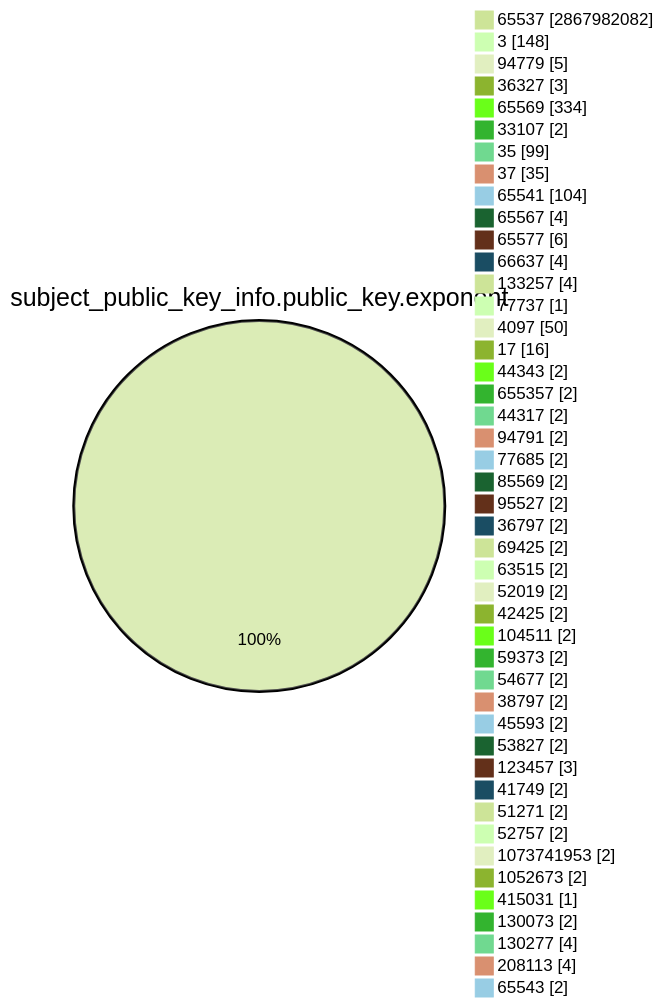
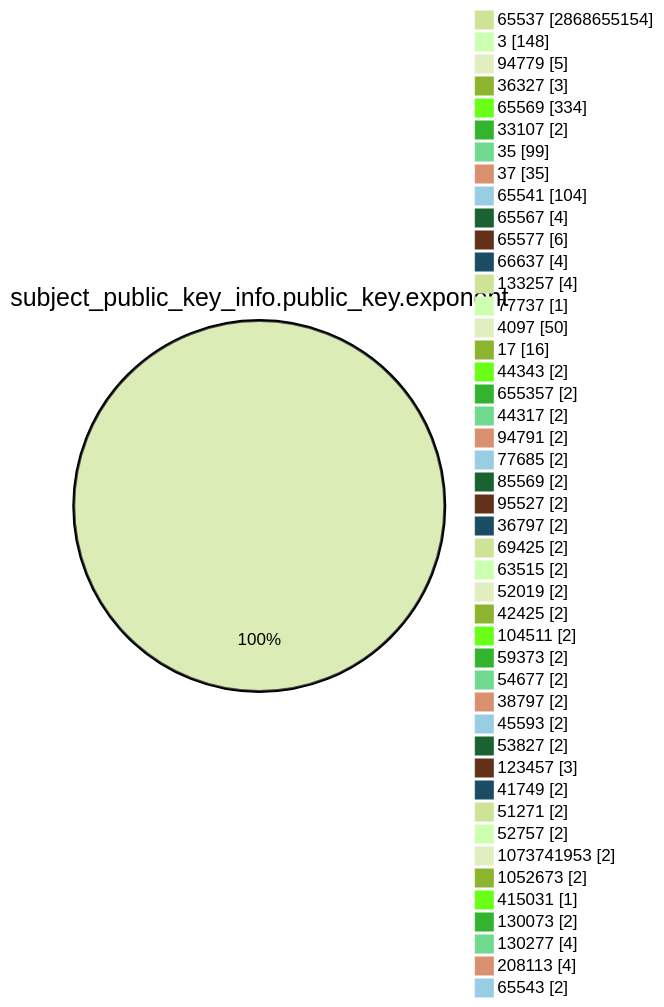
Before and after one commit to christiankrug/ctmonitor_visualization: the fourth of 15 diagrams in TOTAL/README.md, drawn with Mermaid (forest theme). The commit also changed other lines of this file, not shown here.

````diff
--- a/TOTAL/README.md
+++ b/TOTAL/README.md
@@ -1468,49 +1468,49 @@
 ```mermaid
 pie showData
 title subject_public_key_info.public_key.exponent
-"65537" :2867982082
+"65537" :2868655154
 "3" :148
 "94779" :5
 "36327" :3
 "65569" :334
 "33107" :2
 "35" :99
 "37" :35
 "65541" :104
 "65567" :4
 "65577" :6
 "66637" :4
 "133257" :4
 "77737" :1
 "4097" :50
 "17" :16
 "44343" :2
 "655357" :2
 "44317" :2
 "94791" :2
 "77685" :2
 "85569" :2
 "95527" :2
 "36797" :2
 "69425" :2
 "63515" :2
 "52019" :2
 "42425" :2
 "104511" :2
 "59373" :2
 "54677" :2
 "38797" :2
 "45593" :2
 "53827" :2
 "123457" :3
 "41749" :2
 "51271" :2
 "52757" :2
 "1073741953" :2
 "1052673" :2
 "415031" :1
 "130073" :2
 "130277" :4
 "208113" :4
 "65543" :2
 ```
````
